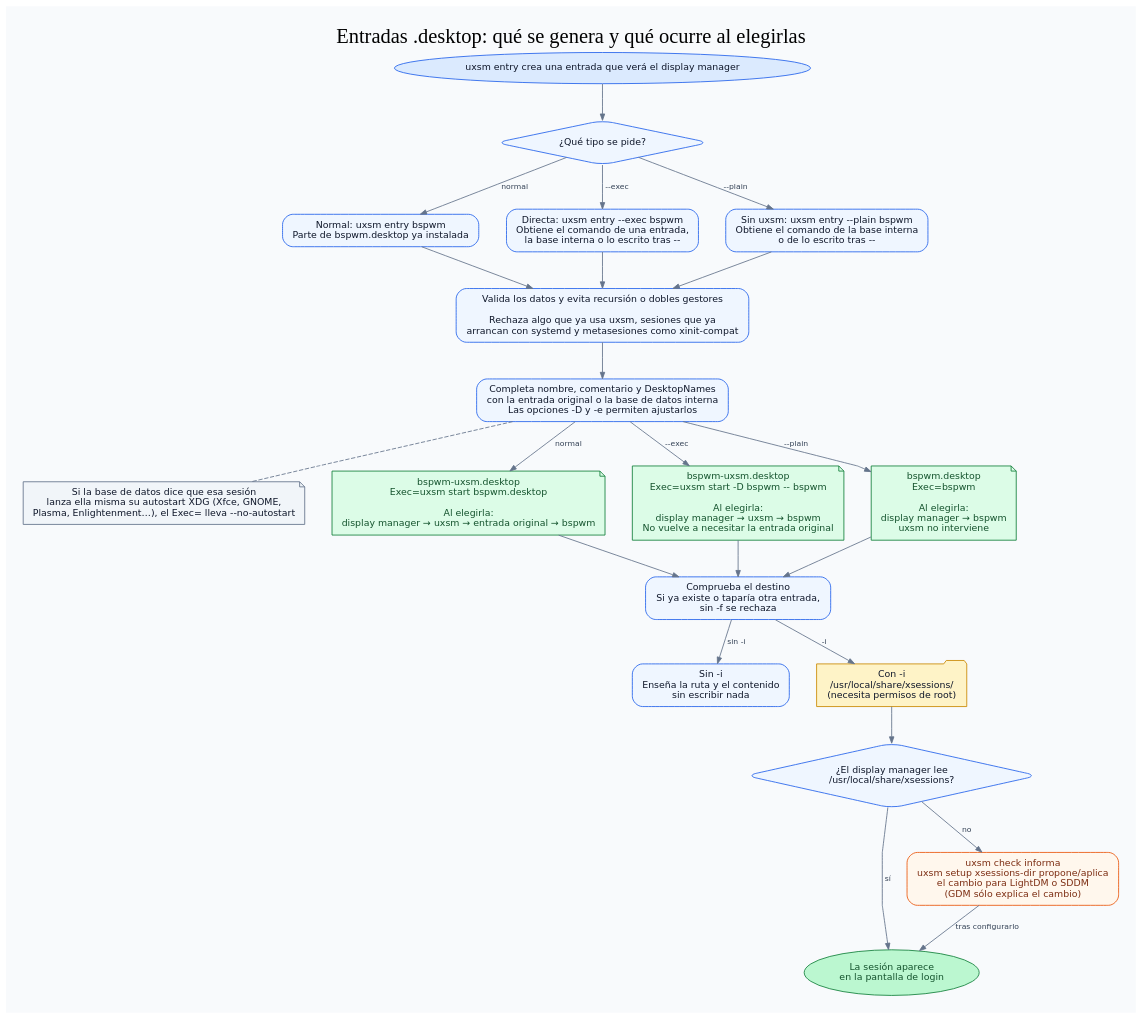
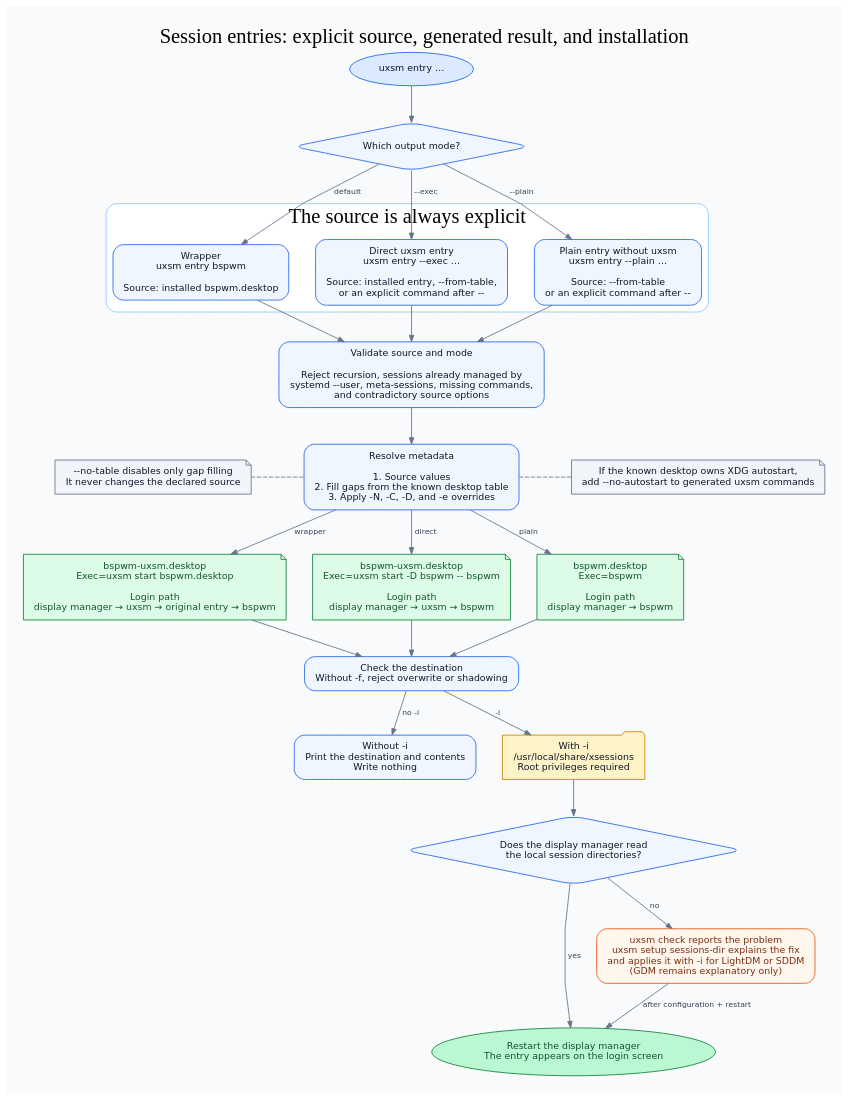
The diagram in docs/flows/session-entries.dot (heizeisaburou/uxsm), drawn with Graphviz before and after one commit. The commit also changed 13 other files, not shown here.

Commit message:
Documentación en inglés y diagramas rehechos

```diff
--- a/docs/flows/session-entries.dot
+++ b/docs/flows/session-entries.dot
@@ -1,72 +1,84 @@
 digraph session_entries {
   graph [
-    label="Entradas .desktop: qué se genera y qué ocurre al elegirlas",
+    label="Session entries: explicit source, generated result, and installation",
     labelloc=t,
     fontsize=24,
     fontname="DejaVu Sans Bold",
     bgcolor="#f8fafc",
     pad=0.28,
-    nodesep=0.45,
+    nodesep=0.43,
     ranksep=0.58,
-    splines=polyline
+    splines=polyline,
+    newrank=true
   ];
   node [shape=box, style="rounded,filled", fontname="DejaVu Sans", fontsize=11,
-        color="#2563eb", fillcolor="#eff6ff", fontcolor="#0f172a", margin="0.15,0.10"];
+        color="#2563eb", fillcolor="#eff6ff", fontcolor="#0f172a", margin="0.16,0.11"];
   edge [fontname="DejaVu Sans", fontsize=9, color="#64748b", fontcolor="#334155", arrowsize=0.75];
 
-  cli [shape=oval, fillcolor="#dbeafe",
-       label="uxsm entry crea una entrada que verá el display manager"];
-  mode [shape=diamond, label="¿Qué tipo se pide?"];
+  cli [shape=oval, fillcolor="#dbeafe", label="uxsm entry …"];
+  mode [shape=diamond, label="Which output mode?"];
 
-  ref [label="Normal: uxsm entry bspwm\nParte de bspwm.desktop ya instalada"];
-  direct [label="Directa: uxsm entry --exec bspwm\nObtiene el comando de una entrada,\nla base interna o lo escrito tras --"];
-  plain [label="Sin uxsm: uxsm entry --plain bspwm\nObtiene el comando de la base interna\no de lo escrito tras --"];
+  subgraph cluster_sources {
+    label="The source is always explicit";
+    color="#93c5fd";
+    style="rounded,filled";
+    fillcolor="#ffffff";
+    fontname="DejaVu Sans Bold";
 
-  validate [label="Valida los datos y evita recursión o dobles gestores\n\nRechaza algo que ya usa uxsm, sesiones que ya\narrancan con systemd y metasesiones como xinit-compat"];
-  names [label="Completa nombre, comentario y DesktopNames\ncon la entrada original o la base de datos interna\nLas opciones -D y -e permiten ajustarlos"];
-  ownautostart [shape=note, color="#64748b", fillcolor="#f1f5f9",
-                label="Si la base de datos dice que esa sesión\nlanza ella misma su autostart XDG (Xfce, GNOME,\nPlasma, Enlightenment…), el Exec= lleva --no-autostart"];
+    wrapper [label="Wrapper\nuxsm entry bspwm\n\nSource: installed bspwm.desktop"];
+    direct [label="Direct uxsm entry\nuxsm entry --exec …\n\nSource: installed entry, --from-table,\nor an explicit command after --"];
+    plain [label="Plain entry without uxsm\nuxsm entry --plain …\n\nSource: --from-table\nor an explicit command after --"];
+  }
 
-  out_ref [shape=note, fillcolor="#dcfce7", color="#15803d", fontcolor="#14532d",
-           label="bspwm-uxsm.desktop\nExec=uxsm start bspwm.desktop\n\nAl elegirla:\ndisplay manager → uxsm → entrada original → bspwm"];
+  validate [label="Validate source and mode\n\nReject recursion, sessions already managed by\nsystemd --user, meta-sessions, missing commands,\nand contradictory source options"];
+  enrich [label="Resolve metadata\n\n1. Source values\n2. Fill gaps from the known desktop table\n3. Apply -N, -C, -D, and -e overrides"];
+  no_table [shape=note, color="#64748b", fillcolor="#f1f5f9",
+            label="--no-table disables only gap filling\nIt never changes the declared source"];
+  autostart [shape=note, color="#64748b", fillcolor="#f1f5f9",
+             label="If the known desktop owns XDG autostart,\nadd --no-autostart to generated uxsm commands"];
+
+  out_wrapper [shape=note, fillcolor="#dcfce7", color="#15803d", fontcolor="#14532d",
+               label="bspwm-uxsm.desktop\nExec=uxsm start bspwm.desktop\n\nLogin path\ndisplay manager → uxsm → original entry → bspwm"];
   out_direct [shape=note, fillcolor="#dcfce7", color="#15803d", fontcolor="#14532d",
-              label="bspwm-uxsm.desktop\nExec=uxsm start -D bspwm -- bspwm\n\nAl elegirla:\ndisplay manager → uxsm → bspwm\nNo vuelve a necesitar la entrada original"];
+              label="bspwm-uxsm.desktop\nExec=uxsm start -D bspwm -- bspwm\n\nLogin path\ndisplay manager → uxsm → bspwm"];
   out_plain [shape=note, fillcolor="#dcfce7", color="#15803d", fontcolor="#14532d",
-             label="bspwm.desktop\nExec=bspwm\n\nAl elegirla:\ndisplay manager → bspwm\nuxsm no interviene"];
+             label="bspwm.desktop\nExec=bspwm\n\nLogin path\ndisplay manager → bspwm"];
 
-  destination [label="Comprueba el destino\nSi ya existe o taparía otra entrada,\nsin -f se rechaza"];
-  preview [label="Sin -i\nEnseña la ruta y el contenido\nsin escribir nada"];
+  destination [label="Check the destination\nWithout -f, reject overwrite or shadowing"];
+  preview [label="Without -i\nPrint the destination and contents\nWrite nothing"];
   write [shape=folder, fillcolor="#fef3c7", color="#ca8a04",
-         label="Con -i\n/usr/local/share/xsessions/\n(necesita permisos de root)"];
-  dm [shape=diamond, label="¿El display manager lee\n/usr/local/share/xsessions?"];
+         label="With -i\n/usr/local/share/xsessions\nRoot privileges required"];
+  dm [shape=diamond, label="Does the display manager read\nthe local session directories?"];
   visible [shape=oval, fillcolor="#bbf7d0", color="#15803d", fontcolor="#14532d",
-           label="La sesión aparece\nen la pantalla de login"];
+           label="Restart the display manager\nThe entry appears on the login screen"];
   tools [fillcolor="#fff7ed", color="#ea580c", fontcolor="#7c2d12",
-         label="uxsm check informa\nuxsm setup xsessions-dir propone/aplica\nel cambio para LightDM o SDDM\n(GDM sólo explica el cambio)"];
+         label="uxsm check reports the problem\nuxsm setup sessions-dir explains the fix\nand applies it with -i for LightDM or SDDM\n(GDM remains explanatory only)"];
 
   cli -> mode;
-  mode -> ref [label=" normal "];
+  mode -> wrapper [label=" default "];
   mode -> direct [label=" --exec "];
   mode -> plain [label=" --plain "];
-  ref -> validate;
+  wrapper -> validate;
   direct -> validate;
   plain -> validate;
-  validate -> names;
-  names -> ownautostart [style=dashed, arrowhead=none];
-  names -> out_ref [label=" normal "];
-  names -> out_direct [label=" --exec "];
-  names -> out_plain [label=" --plain "];
-  out_ref -> destination;
+  validate -> enrich;
+  no_table -> enrich [style=dashed, arrowhead=none];
+  enrich -> autostart [style=dashed, arrowhead=none];
+  enrich -> out_wrapper [label=" wrapper "];
+  enrich -> out_direct [label=" direct "];
+  enrich -> out_plain [label=" plain "];
+  out_wrapper -> destination;
   out_direct -> destination;
   out_plain -> destination;
-  destination -> preview [label=" sin -i "];
+  destination -> preview [label=" no -i "];
   destination -> write [label=" -i "];
   write -> dm;
-  dm -> visible [label=" sí "];
+  dm -> visible [label=" yes "];
   dm -> tools [label=" no "];
-  tools -> visible [label=" tras configurarlo "];
+  tools -> visible [label=" after configuration + restart "];
 
-  {rank=same; ref; direct; plain}
-  {rank=same; out_ref; out_direct; out_plain}
+  {rank=same; wrapper; direct; plain}
+  {rank=same; no_table; enrich; autostart}
+  {rank=same; out_wrapper; out_direct; out_plain}
   {rank=same; preview; write}
 }
```
